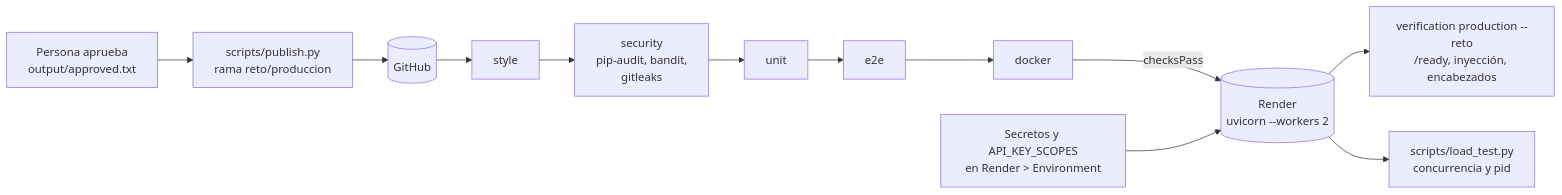
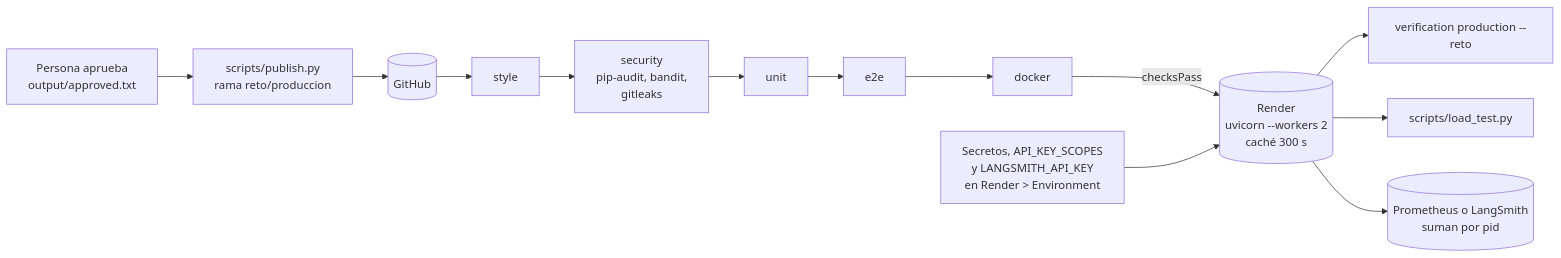
The second of 2 diagrams in doc/architecture.md (martindeven/hr-assistant), drawn with Mermaid before and after one commit. The commit also changed other lines of this file and 38 other files, not shown here.

````diff
--- a/doc/architecture.md
+++ b/doc/architecture.md
@@ -52,10 +65,11 @@
 ```mermaid
 flowchart LR
     H[Persona aprueba<br/>output/approved.txt] --> PU["scripts/publish.py<br/>rama reto/produccion"]
     PU --> GH[("GitHub")]
     GH --> S1[style] --> S0[security<br/>pip-audit, bandit,<br/>gitleaks] --> S2[unit] --> S3[e2e] --> S4[docker]
-    S4 -- "checksPass" --> RE[("Render<br/>uvicorn --workers 2")]
-    SEC[Secretos y API_KEY_SCOPES<br/>en Render > Environment] --> RE
-    RE --> SM["verification production --reto<br/>/ready, inyección, encabezados"]
-    RE --> LT["scripts/load_test.py<br/>concurrencia y pid"]
+    S4 -- "checksPass" --> RE[("Render<br/>uvicorn --workers 2<br/>caché 300 s")]
+    SEC[Secretos, API_KEY_SCOPES<br/>y LANGSMITH_API_KEY<br/>en Render > Environment] --> RE
+    RE --> SM["verification production --reto"]
+    RE --> LT["scripts/load_test.py"]
+    RE --> PR2[("Prometheus o LangSmith<br/>suman por pid")]
 ```
````
